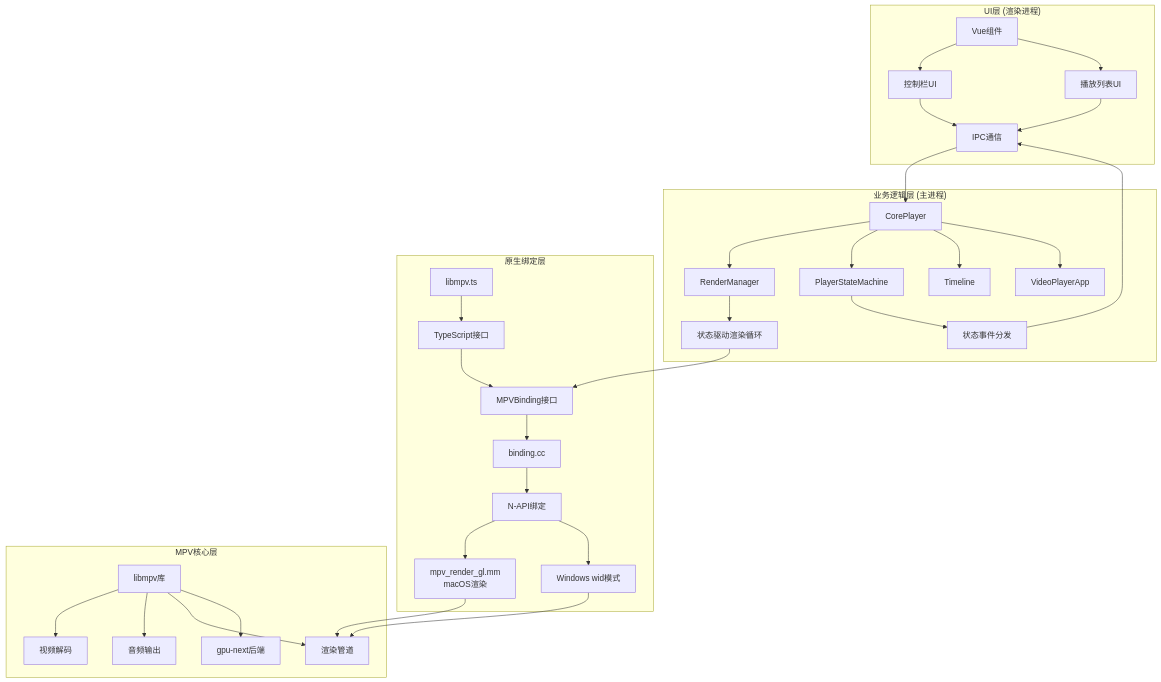
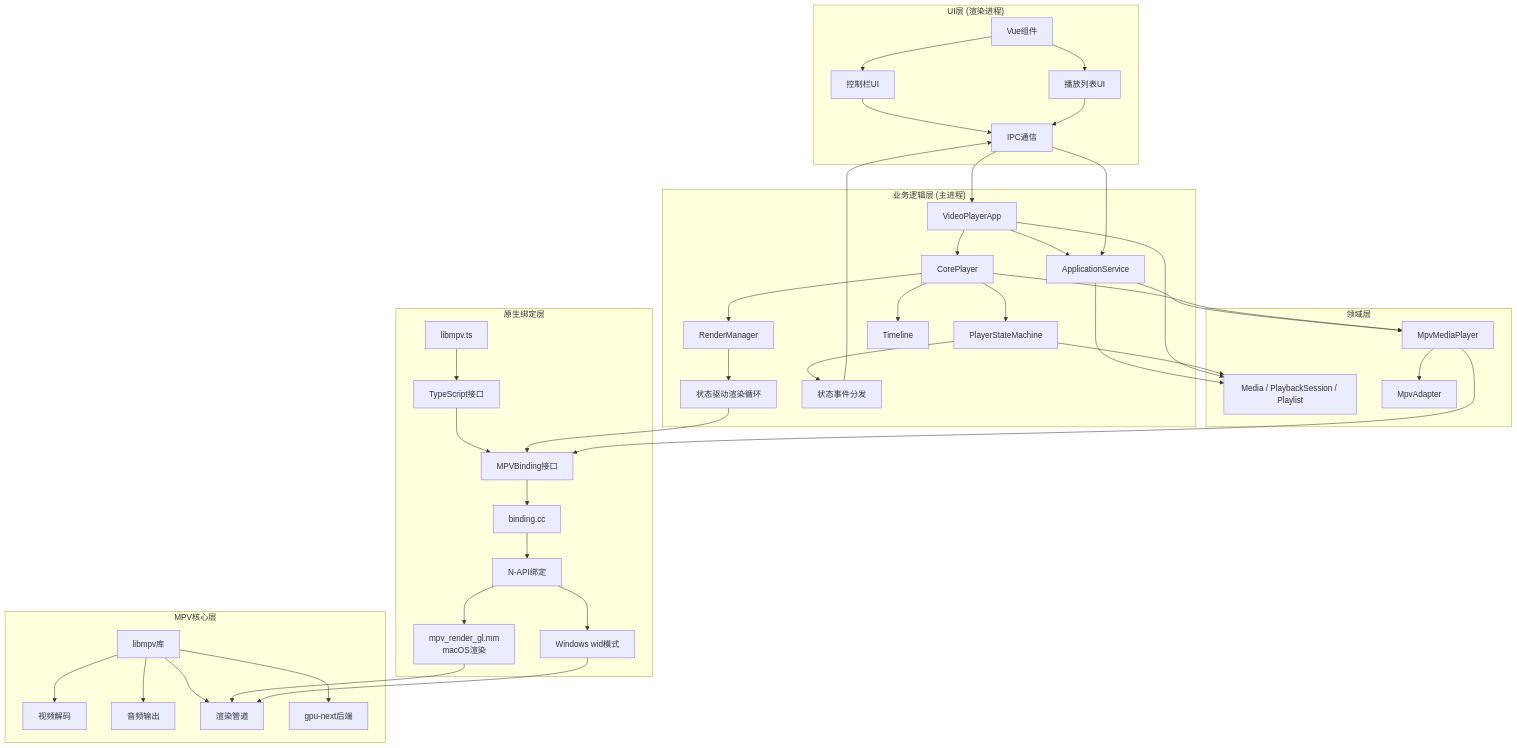
The first of 3 diagrams in docs/ARCHITECTURE.md (Lucas-lgm/mpv-electron), drawn with Mermaid before and after one commit. The commit also changed other lines of this file, not shown here.

Commit message:
refactor(architecture): enhance architecture documentation with updated layer structure and responsibilities
Updated the architecture documentation to reflect the revised structure of the business logic layer, introducing the ApplicationService and domain layer components. Clarified the roles of VideoPlayerApp, CorePlayer, and other components within the architecture. Added a new section detailing the communication paths and responsibilities of each layer, ensuring a comprehensive understanding of the application's architecture. This change aligns with ongoing refactoring efforts to improve clarity and maintainability.

````diff
--- a/docs/ARCHITECTURE.md
+++ b/docs/ARCHITECTURE.md
@@ -34,40 +34,55 @@
 ```mermaid
 graph TB
     subgraph "UI层 (渲染进程)"
         A1[Vue组件] --> A2[控制栏UI]
         A1 --> A3[播放列表UI]
         A2 --> A4[IPC通信]
         A3 --> A4
     end
-    
+
     subgraph "业务逻辑层 (主进程)"
-        B1[CorePlayer] --> B2[RenderManager]
-        B1 --> B3[PlayerStateMachine]
-        B1 --> B4[Timeline]
-        B2 --> B5[状态驱动渲染循环]
-        B3 --> B6[状态事件分发]
-        B1 --> B7[VideoPlayerApp]
+        B1[VideoPlayerApp] --> B2[ApplicationService]
+        B1 --> B3[CorePlayer]
+        B3 --> B4[RenderManager]
+        B3 --> B5[PlayerStateMachine]
+        B3 --> B6[Timeline]
+        B4 --> B7[状态驱动渲染循环]
+        B5 --> B8[状态事件分发]
     end
-    
+
+    subgraph "领域层"
+        D1[Media / PlaybackSession / Playlist]
+        D2[MpvAdapter]
+        D3[MpvMediaPlayer]
+        B2 --> D1
+        B2 --> D3
+        B1 --> D1
+        B3 --> D3
+        B5 --> D1
+        D3 --> D2
+    end
+
     subgraph "原生绑定层"
         C1[libmpv.ts] --> C2[TypeScript接口]
         C2 --> C3[MPVBinding接口]
         C3 --> C4[binding.cc]
         C4 --> C5[N-API绑定]
         C5 --> C6[mpv_render_gl.mm<br/>macOS渲染]
         C5 --> C7[Windows wid模式]
     end
-    
+
     subgraph "MPV核心层"
-        D1[libmpv库] --> D2[视频解码]
-        D1 --> D3[音频输出]
-        D1 --> D4[渲染管道]
-        D1 --> D5[gpu-next后端]
+        E1[libmpv库] --> E2[视频解码]
+        E1 --> E3[音频输出]
+        E1 --> E4[渲染管道]
+        E1 --> E5[gpu-next后端]
     end
-    
+
     A4 --> B1
-    B6 --> A4
-    B5 --> C3
-    C6 --> D4
-    C7 --> D4
+    A4 --> B2
+    B8 --> A4
+    B7 --> C3
+    D3 --> C3
+    C6 --> E4
+    C7 --> E4
 ```
````
